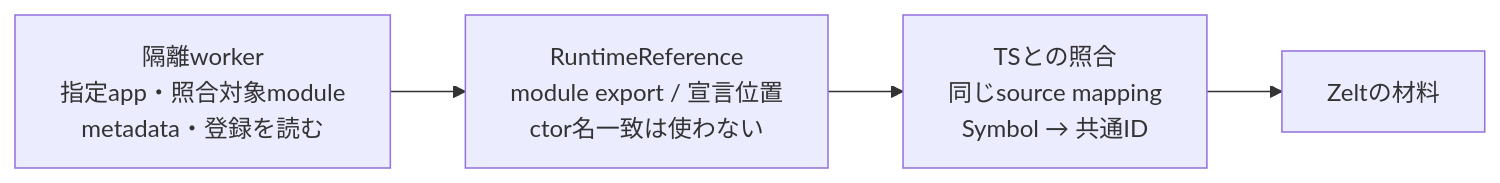
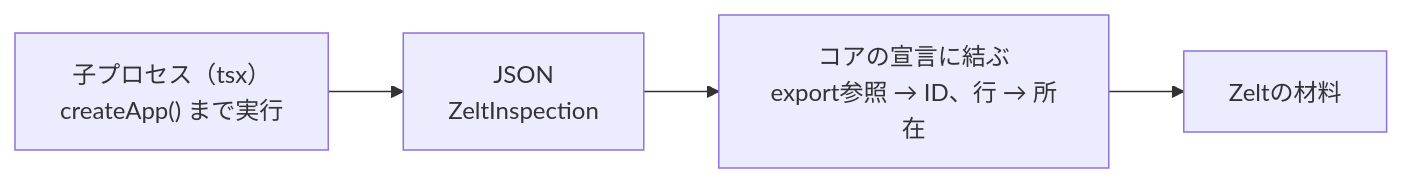
Before and after one commit to zeltjs/zelt: the sixth of 11 diagrams in mocks/studio-spatial/generic-extraction-design.md, drawn with Mermaid. The commit also changed other lines of this file and 33 other files, not shown here.

```diff
--- a/mocks/studio-spatial/generic-extraction-design.md
+++ b/mocks/studio-spatial/generic-extraction-design.md
@@ -777,6 +780,6 @@
 ~~~mermaid
 flowchart LR
-  W["隔離worker<br/>指定app・照合対象module<br/>metadata・登録を読む"] --> R["RuntimeReference<br/>module export / 宣言位置<br/>ctor名一致は使わない"]
-  R --> B["TSとの照合<br/>同じsource mapping<br/>Symbol → 共通ID"]
+  C["子プロセス（tsx）<br/>createApp() まで実行"] --> J["JSON<br/>ZeltInspection"]
+  J --> B["コアの宣言に結ぶ<br/>export参照 → ID、行 → 所在"]
   B --> F["Zeltの材料"]
 ~~~
```
